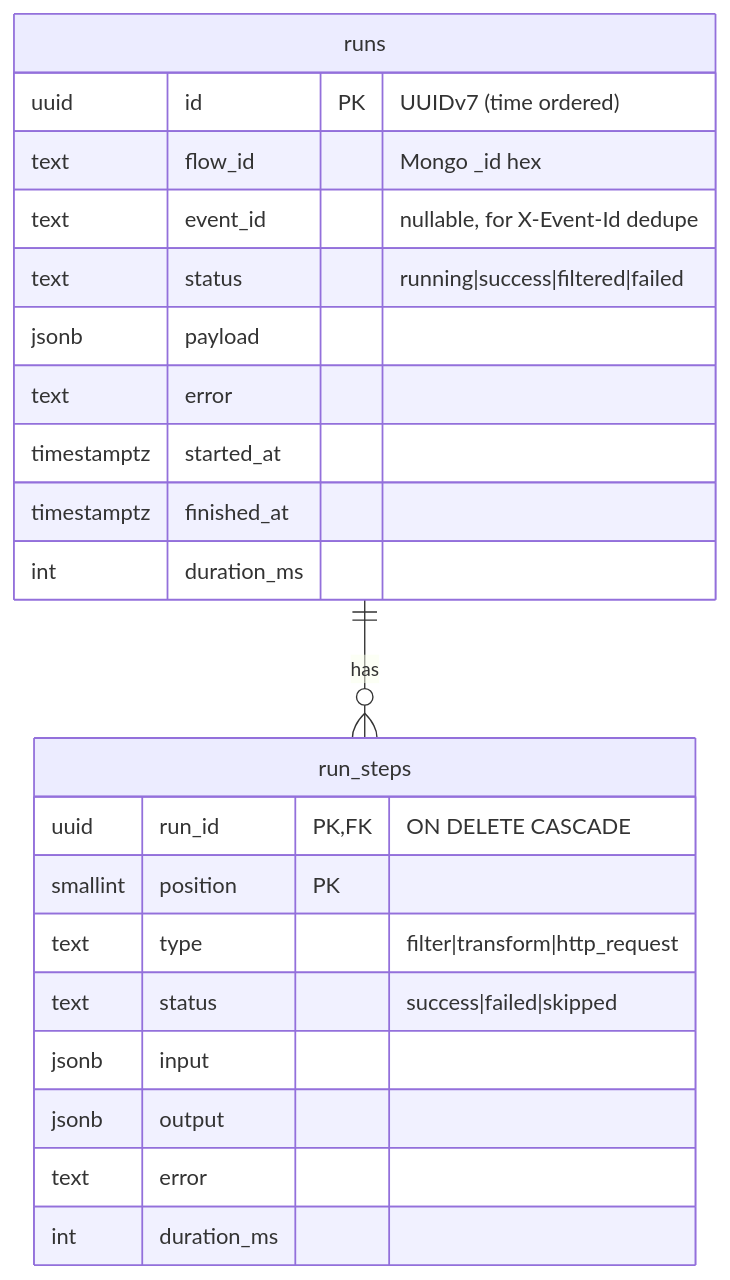
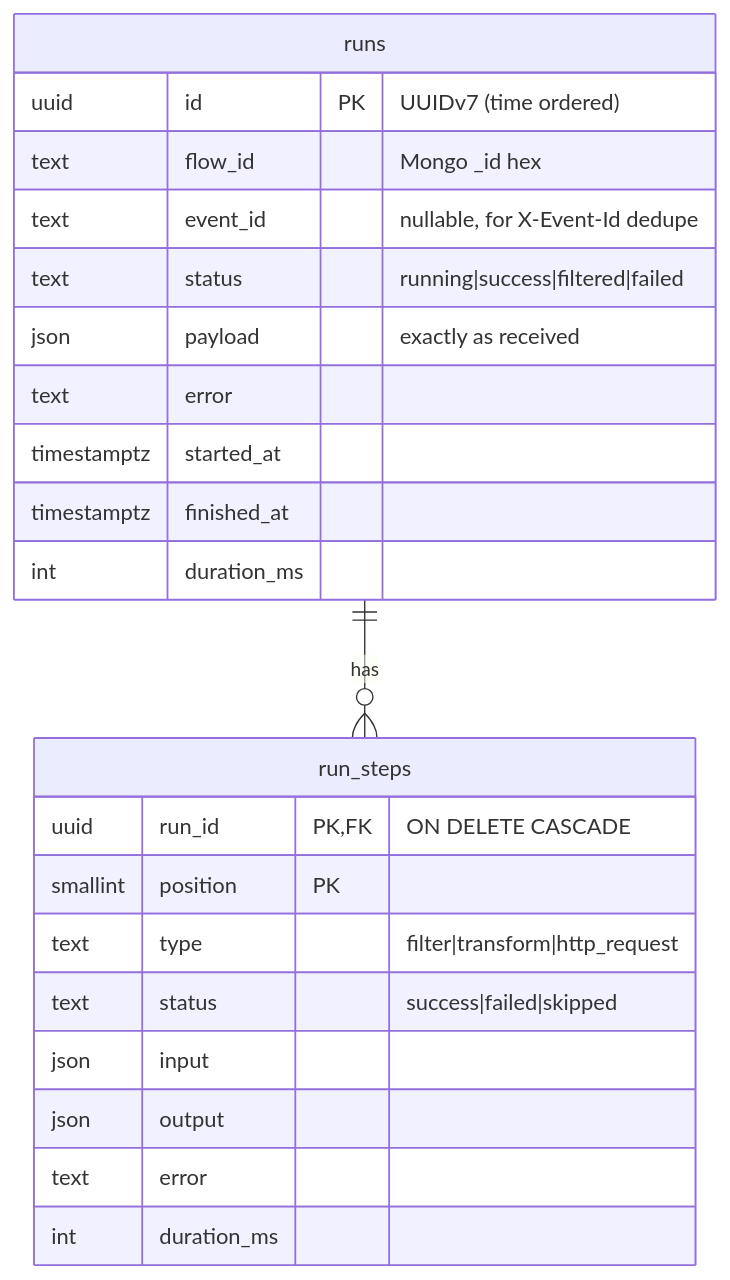
One commit to Sakshamebdev873/octavia changed the third of 3 diagrams in docs/architecture.md. Above: the diagram before and after it, drawn with Mermaid. The commit also changed other lines of this file and 4 other files, not shown here.

````diff
--- a/docs/architecture.md
+++ b/docs/architecture.md
@@ -137,25 +137,25 @@
 ```mermaid
 erDiagram
   runs ||--o{ run_steps : has
   runs {
     uuid id PK "UUIDv7 (time ordered)"
     text flow_id "Mongo _id hex"
     text event_id "nullable, for X-Event-Id dedupe"
     text status "running|success|filtered|failed"
-    jsonb payload
+    json payload "exactly as received"
     text error
     timestamptz started_at
     timestamptz finished_at
     int duration_ms
   }
   run_steps {
     uuid run_id PK,FK "ON DELETE CASCADE"
     smallint position PK
     text type "filter|transform|http_request"
     text status "success|failed|skipped"
-    jsonb input
-    jsonb output
+    json input
+    json output
     text error
     int duration_ms
   }
 ```
````
